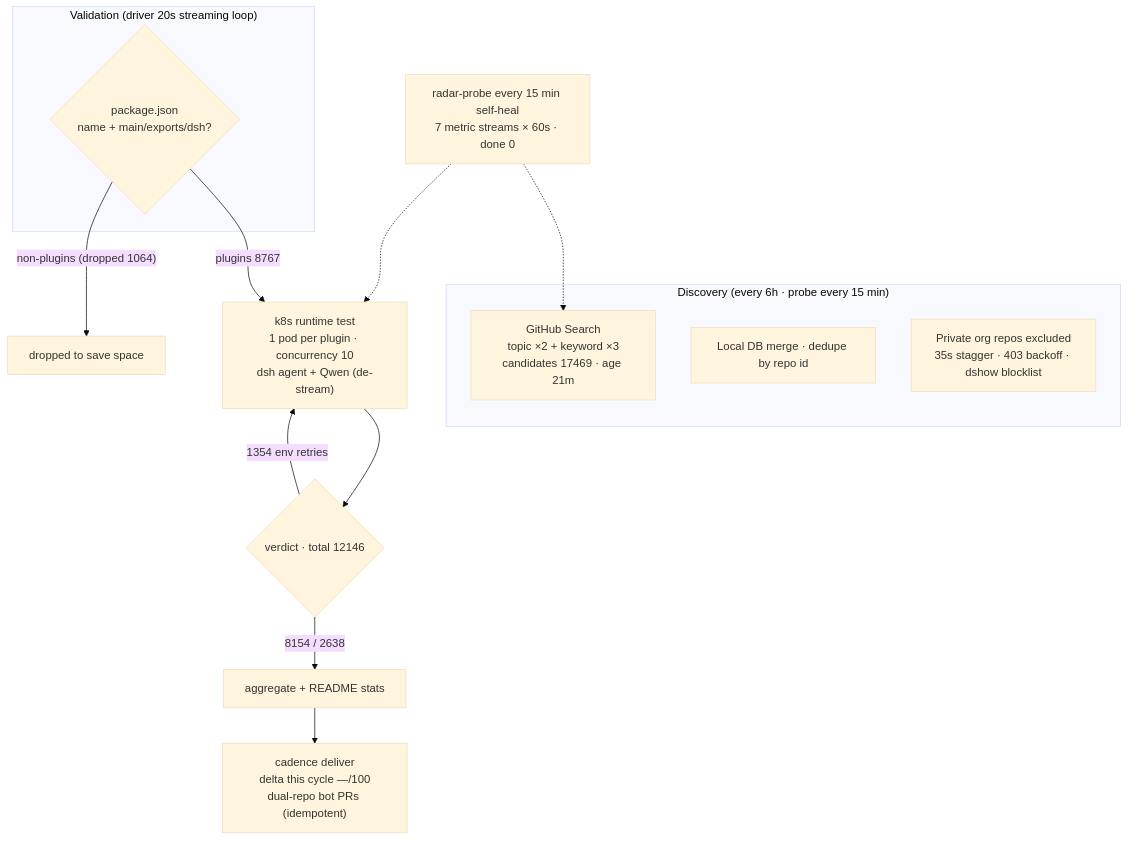
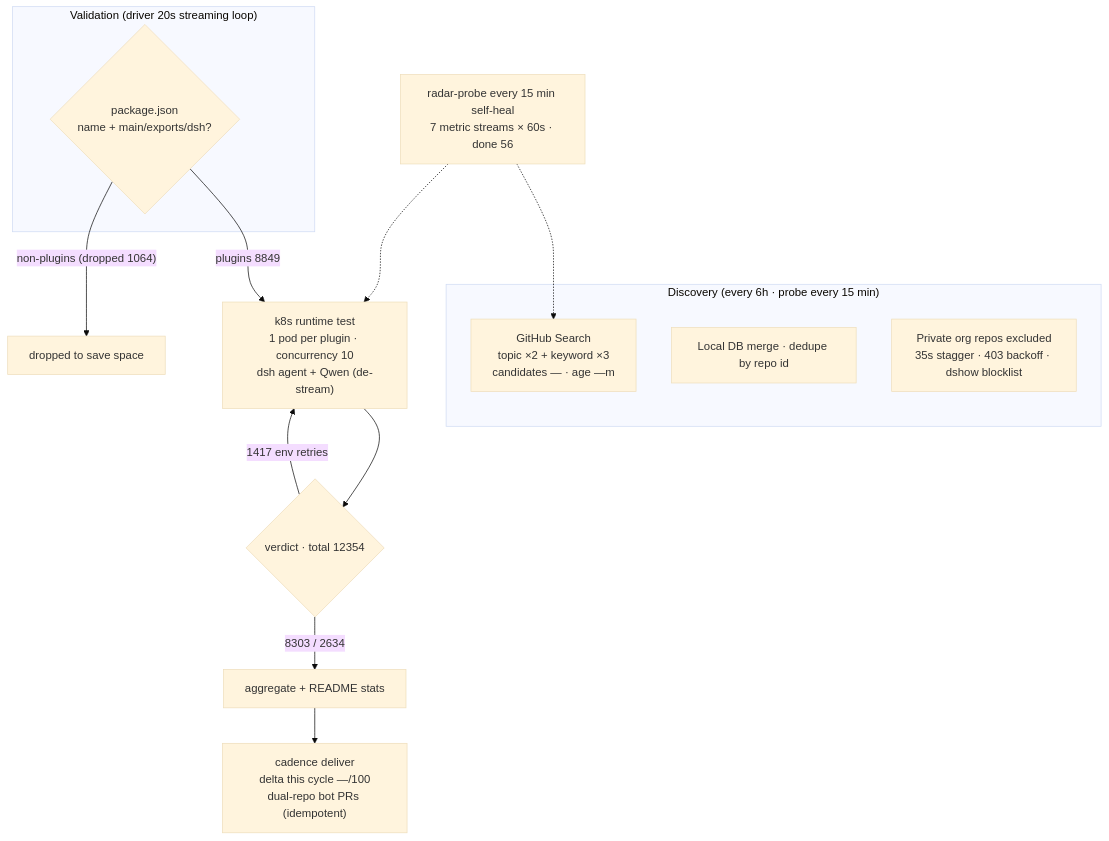
Before and after one commit to Zhidao-Lab-OSS/awesome-dsh-plugins: the diagram in README.en-US.md, drawn with Mermaid (base theme). The commit also changed other lines of this file and 1 other file, not shown here.

````diff
--- a/README.en-US.md
+++ b/README.en-US.md
@@ -45,20 +45,20 @@
 ```mermaid
 flowchart TB
     subgraph Discovery["Discovery (every 6h · probe every 15 min)"]
-        A1["GitHub Search<br/>topic ×2 + keyword ×3<br/>candidates 17469 · age 21m"]
+        A1["GitHub Search<br/>topic ×2 + keyword ×3<br/>candidates — · age —m"]
         A2["Local DB merge · dedupe by repo id"]
         A3["Private org repos excluded<br/>35s stagger · 403 backoff · dshow blocklist"]
     end
     subgraph Validation["Validation (driver 20s streaming loop)"]
         B1{"package.json<br/>name + main/exports/dsh?"}
     end
-    B1 -->|"plugins 8767"| C1["k8s runtime test<br/>1 pod per plugin · concurrency 10<br/>dsh agent + Qwen (de-stream)"]
+    B1 -->|"plugins 8849"| C1["k8s runtime test<br/>1 pod per plugin · concurrency 10<br/>dsh agent + Qwen (de-stream)"]
     B1 -->|"non-plugins (dropped 1064)"| B3["dropped to save space"]
-    C1 --> D1{"verdict · total 12146"}
-    D1 -->|"8154 / 2638"| E1["aggregate + README stats"]
-    D1 -->|"1354 env retries"| C1
+    C1 --> D1{"verdict · total 12354"}
+    D1 -->|"8303 / 2634"| E1["aggregate + README stats"]
+    D1 -->|"1417 env retries"| C1
     E1 --> E2["cadence deliver<br/>delta this cycle —/100<br/>dual-repo bot PRs (idempotent)"]
-    M["radar-probe every 15 min self-heal<br/>7 metric streams × 60s · done 0"]
+    M["radar-probe every 15 min self-heal<br/>7 metric streams × 60s · done 56"]
     M -.-> A1
     M -.-> C1
 ```
````
